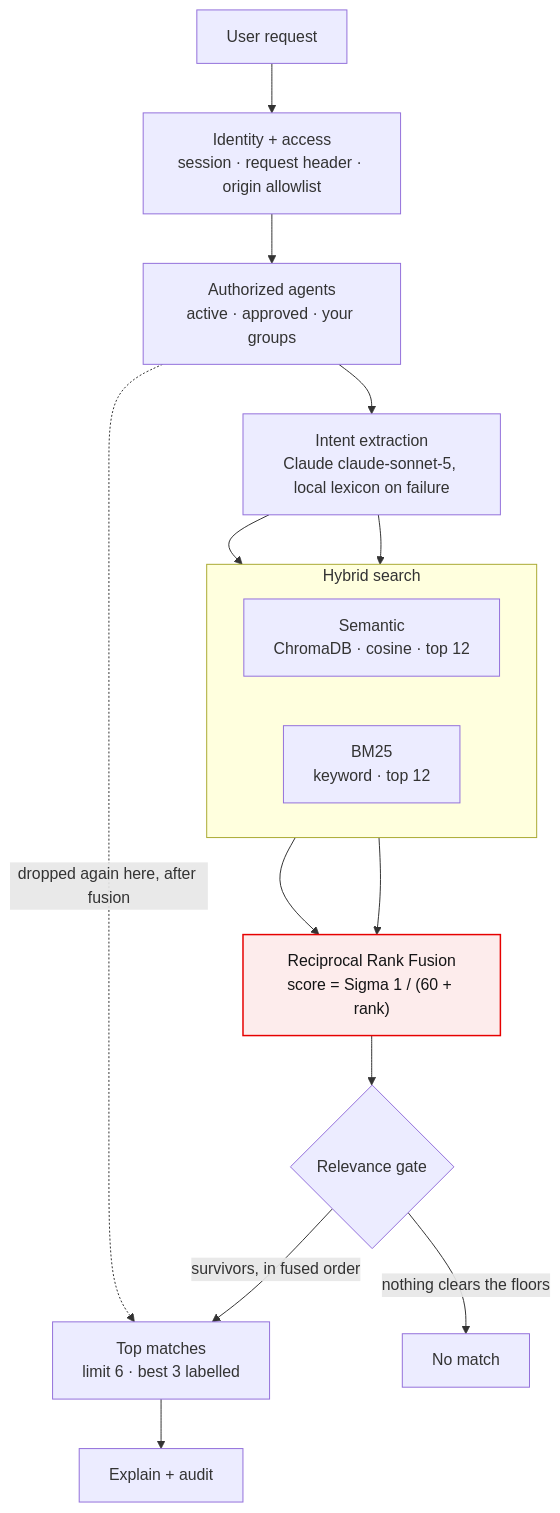
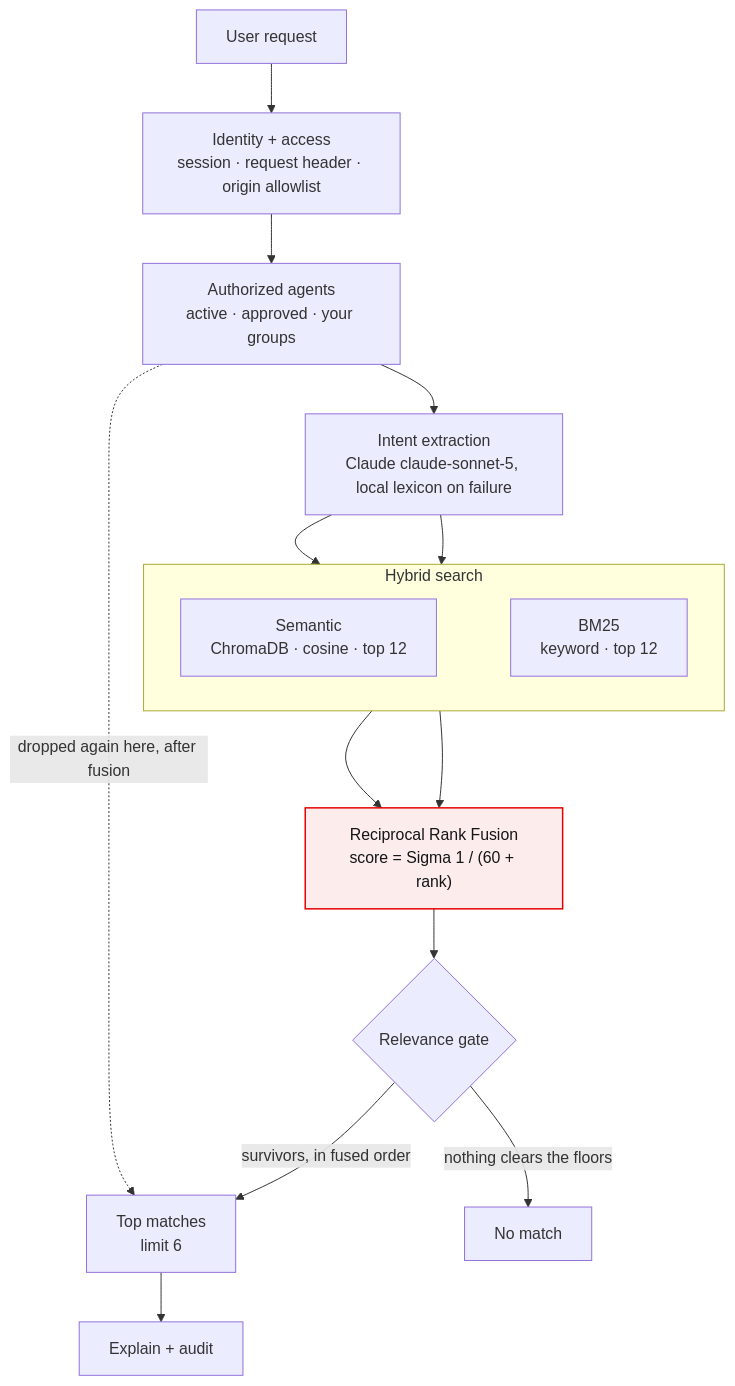
One commit to vivekprojects-GIT/CreditWiz changed the diagram in docs/search-flow.md. Above: the diagram before and after it, drawn with Mermaid. The commit also changed 3 other files, not shown here.

First line of the commit message:
Fix the result limit at six; pin Semantic left in the flow diagram

````diff
--- a/docs/search-flow.md
+++ b/docs/search-flow.md
@@ -10,34 +10,35 @@
 ```mermaid
 flowchart TB
   Q["User request"]
   A["Identity + access<br/>session · request header · origin allowlist"]
   V["Authorized agents<br/>active · approved · your groups"]
   I["Intent extraction<br/>Claude claude-sonnet-5, local lexicon on failure"]
   R["Reciprocal Rank Fusion<br/>score = Sigma 1 / (60 + rank)"]
   G{"Relevance gate"}
-  T["Top matches<br/>limit 6 · best 3 labelled"]
+  T["Top matches<br/>limit 6"]
   N["No match"]
   X["Explain + audit"]
 
   subgraph H ["Hybrid search"]
     direction LR
     S["Semantic<br/>ChromaDB · cosine · top 12"]
     K["BM25<br/>keyword · top 12"]
+    S ~~~ K
   end
 
   Q --> A
   A --> V
   V --> I
   I --> S
   I --> K
   S --> R
   K --> R
   R --> G
   G -- "survivors, in fused order" --> T
   G -- "nothing clears the floors" --> N
   T --> X
   V -. "dropped again here, after fusion" .-> T
 
   classDef fuse fill:#fdecec,stroke:#e60000,stroke-width:1.5px,color:#141516
   class R fuse
 ```
````
